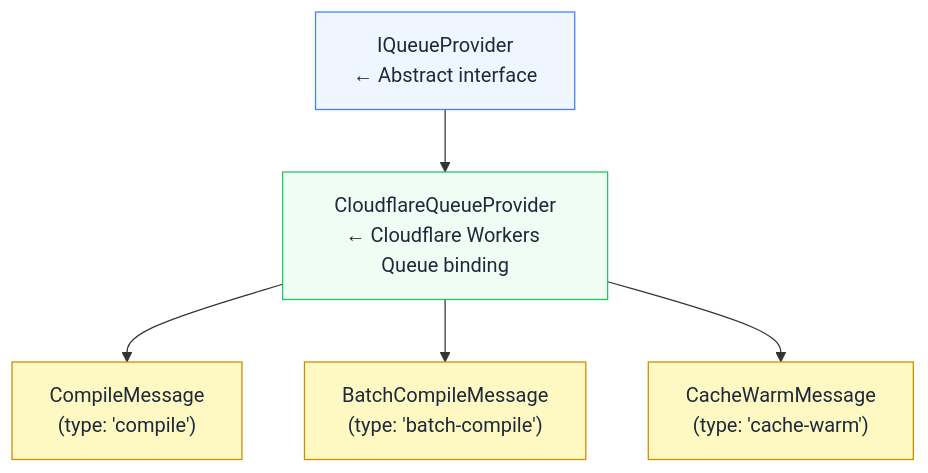
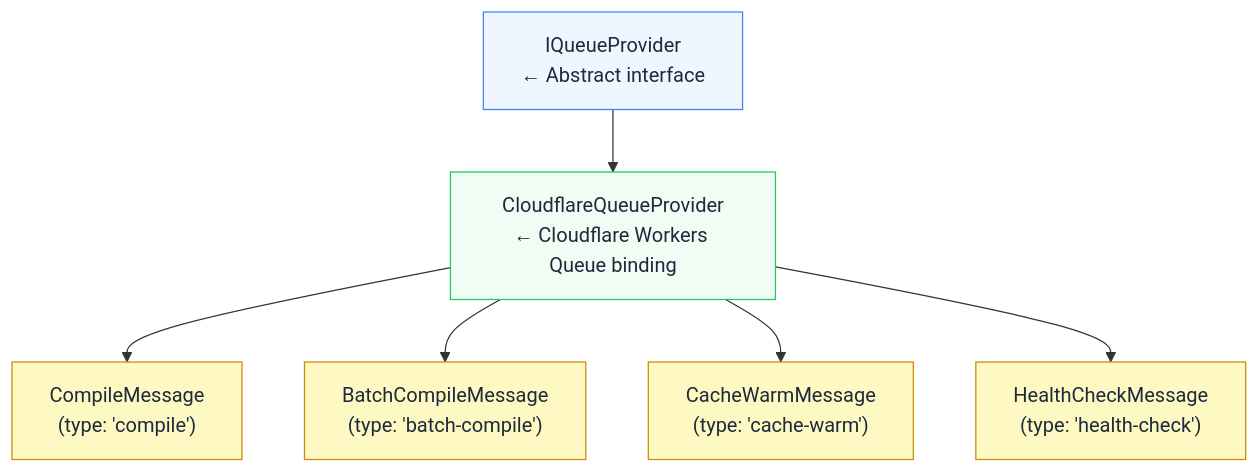
The ninth of 19 diagrams in docs/development/ARCHITECTURE.md (jaypatrick/adblock-compiler), drawn with Mermaid before and after one commit. The commit also changed other lines of this file, not shown here.

Commit message:
docs: fix storage adapter names and restore HealthCheckMessage in ARCHITECTURE.md

````diff
--- a/docs/development/ARCHITECTURE.md
+++ b/docs/development/ARCHITECTURE.md
@@ -383,12 +378,13 @@
 ```mermaid
 flowchart TD
     classDef interface fill:#eff6ff,stroke:#3b82f6,color:#1e293b
     classDef provider fill:#f0fdf4,stroke:#22c55e,color:#1e293b
     classDef message fill:#fef9c3,stroke:#ca8a04,color:#1e293b
 
     IQP["IQueueProvider\n← Abstract interface"]:::interface
     IQP --> CQP["CloudflareQueueProvider\n← Cloudflare Workers Queue binding"]:::provider
     CQP --> CM["CompileMessage\n(type: 'compile')"]:::message
     CQP --> BCM["BatchCompileMessage\n(type: 'batch-compile')"]:::message
     CQP --> CWM["CacheWarmMessage\n(type: 'cache-warm')"]:::message
+    CQP --> HCM["HealthCheckMessage\n(type: 'health-check')"]:::message
 ```
````
